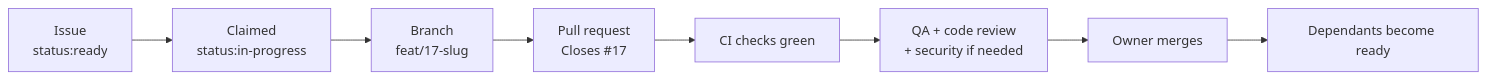
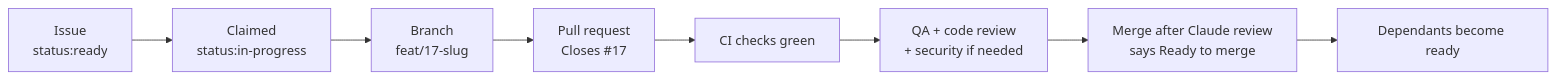
One commit to arvindjonn09/tax-invoice changed the third of 3 diagrams in plan.md. Above: the diagram before and after it, drawn with Mermaid. The commit also changed other lines of this file and 3 other files, not shown here.

First line of the commit message:
docs: add merge policy — merge only after green CI and Claude supervisor review

````diff
--- a/plan.md
+++ b/plan.md
@@ -384,10 +384,10 @@
 ```mermaid
 flowchart LR
   I[Issue<br/>status:ready] --> C[Claimed<br/>status:in-progress]
   C --> B[Branch<br/>feat/17-slug]
   B --> P[Pull request<br/>Closes #17]
   P --> CI[CI checks green]
   CI --> R[QA + code review<br/>+ security if needed]
-  R --> M[Owner merges]
+  R --> M[Merge after Claude review<br/>says Ready to merge]
   M --> N[Dependants become ready]
 ```
````
